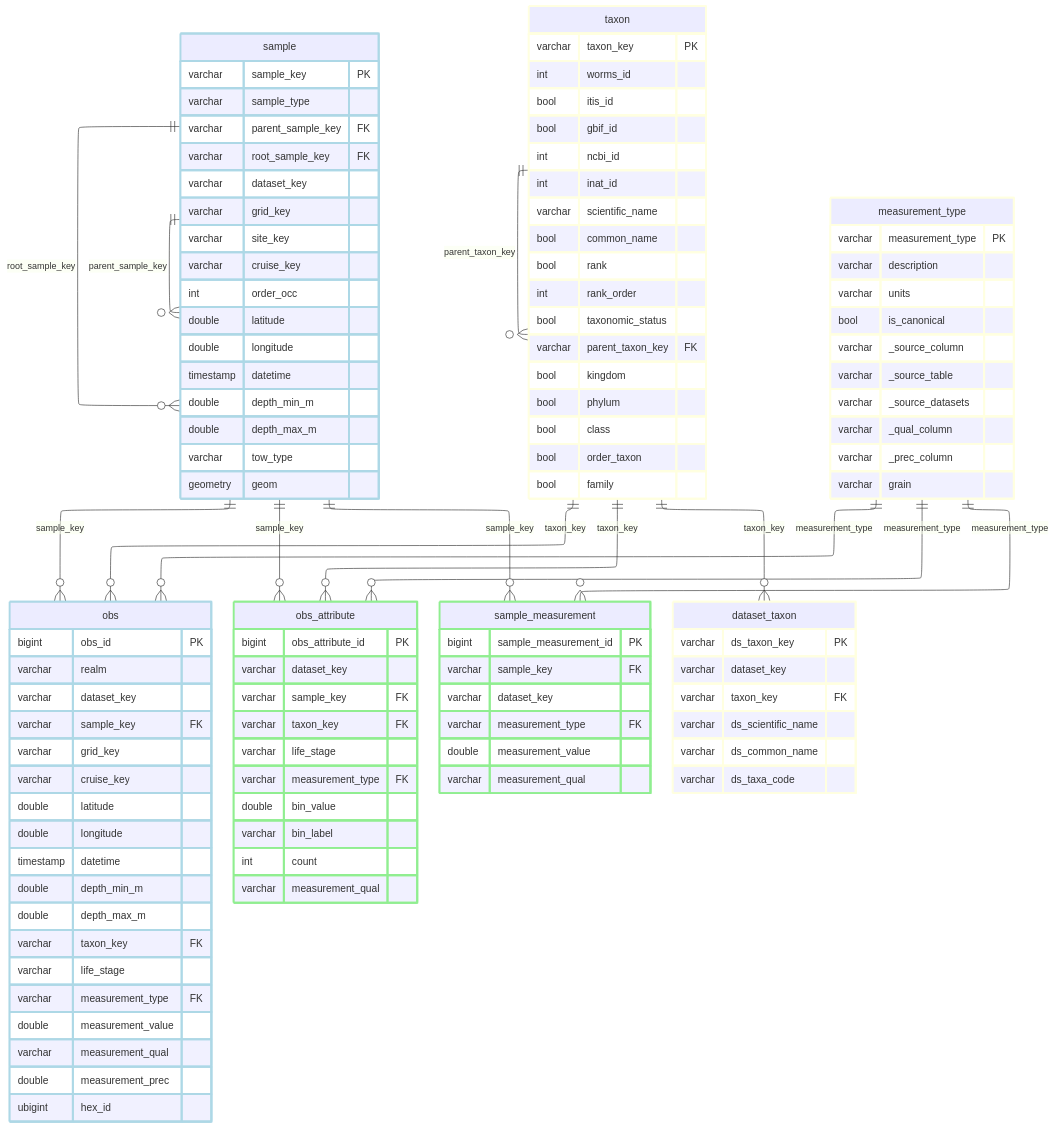
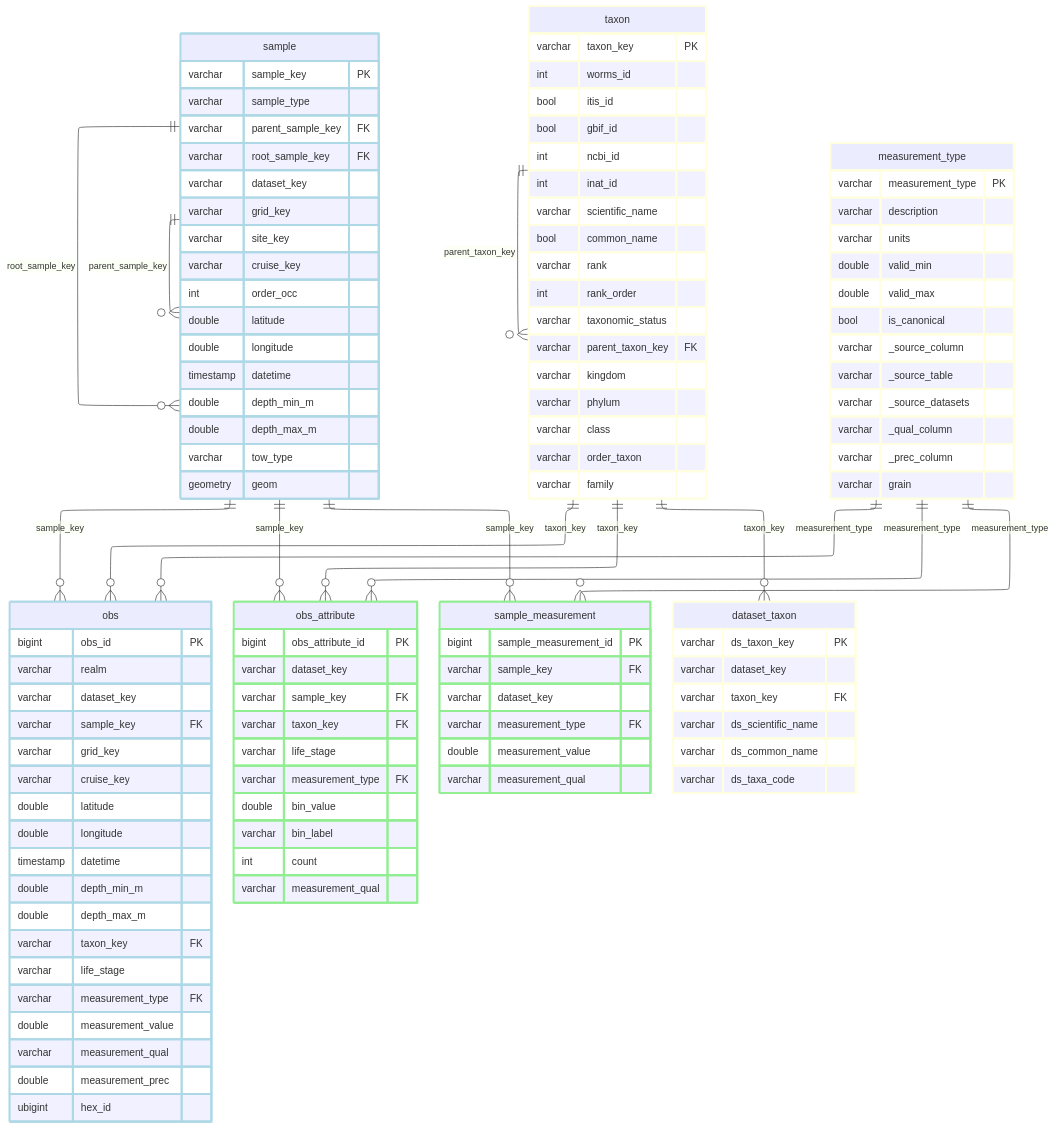
Before and after one commit to CalCOFI/workflows: the diagram in _output/ingest_cdfw_dungeness-crab_files/figure-html/schema-core-1.mmd, drawn with Mermaid. The commit also changed 250 other files, not shown here.

```diff
--- a/_output/ingest_cdfw_dungeness-crab_files/figure-html/schema-core-1.mmd
+++ b/_output/ingest_cdfw_dungeness-crab_files/figure-html/schema-core-1.mmd
@@ -1,120 +1,122 @@
 ---
 config:
   layout: elk
 ---
 erDiagram
     sample {
         varchar sample_key PK
         varchar sample_type
         varchar parent_sample_key FK
         varchar root_sample_key FK
         varchar dataset_key
         varchar grid_key
         varchar site_key
         varchar cruise_key
         int order_occ
         double latitude
         double longitude
         timestamp datetime
         double depth_min_m
         double depth_max_m
         varchar tow_type
         geometry geom
     }
     obs {
         bigint obs_id PK
         varchar realm
         varchar dataset_key
         varchar sample_key FK
         varchar grid_key
         varchar cruise_key
         double latitude
         double longitude
         timestamp datetime
         double depth_min_m
         double depth_max_m
         varchar taxon_key FK
         varchar life_stage
         varchar measurement_type FK
         double measurement_value
         varchar measurement_qual
         double measurement_prec
         ubigint hex_id
     }
     obs_attribute {
         bigint obs_attribute_id PK
         varchar dataset_key
         varchar sample_key FK
         varchar taxon_key FK
         varchar life_stage
         varchar measurement_type FK
         double bin_value
         varchar bin_label
         int count
         varchar measurement_qual
     }
     sample_measurement {
         bigint sample_measurement_id PK
         varchar sample_key FK
         varchar dataset_key
         varchar measurement_type FK
         double measurement_value
         varchar measurement_qual
     }
     taxon {
         varchar taxon_key PK
         int worms_id
         bool itis_id
         bool gbif_id
         int ncbi_id
         int inat_id
         varchar scientific_name
         bool common_name
-        bool rank
+        varchar rank
         int rank_order
-        bool taxonomic_status
+        varchar taxonomic_status
         varchar parent_taxon_key FK
-        bool kingdom
-        bool phylum
-        bool class
-        bool order_taxon
-        bool family
+        varchar kingdom
+        varchar phylum
+        varchar class
+        varchar order_taxon
+        varchar family
     }
     dataset_taxon {
         varchar ds_taxon_key PK
         varchar dataset_key
         varchar taxon_key FK
         varchar ds_scientific_name
         varchar ds_common_name
         varchar ds_taxa_code
     }
     measurement_type {
         varchar measurement_type PK
         varchar description
         varchar units
+        double valid_min
+        double valid_max
         bool is_canonical
         varchar _source_column
         varchar _source_table
         varchar _source_datasets
         varchar _qual_column
         varchar _prec_column
         varchar grain
     }
     sample ||--o{ sample : "parent_sample_key"
     sample ||--o{ sample : "root_sample_key"
     sample ||--o{ obs : "sample_key"
     taxon ||--o{ obs : "taxon_key"
     measurement_type ||--o{ obs : "measurement_type"
     sample ||--o{ obs_attribute : "sample_key"
     taxon ||--o{ obs_attribute : "taxon_key"
     measurement_type ||--o{ obs_attribute : "measurement_type"
     sample ||--o{ sample_measurement : "sample_key"
     measurement_type ||--o{ sample_measurement : "measurement_type"
     taxon ||--o{ dataset_taxon : "taxon_key"
     taxon ||--o{ taxon : "parent_taxon_key"
     classDef lightblue stroke:#ADD8E6,stroke-width:3px
     class sample,obs lightblue
     classDef lightgreen stroke:#90EE90,stroke-width:3px
     class obs_attribute,sample_measurement lightgreen
     classDef lightyellow stroke:#FFFFE0,stroke-width:3px
     class taxon,dataset_taxon,measurement_type lightyellow
```
